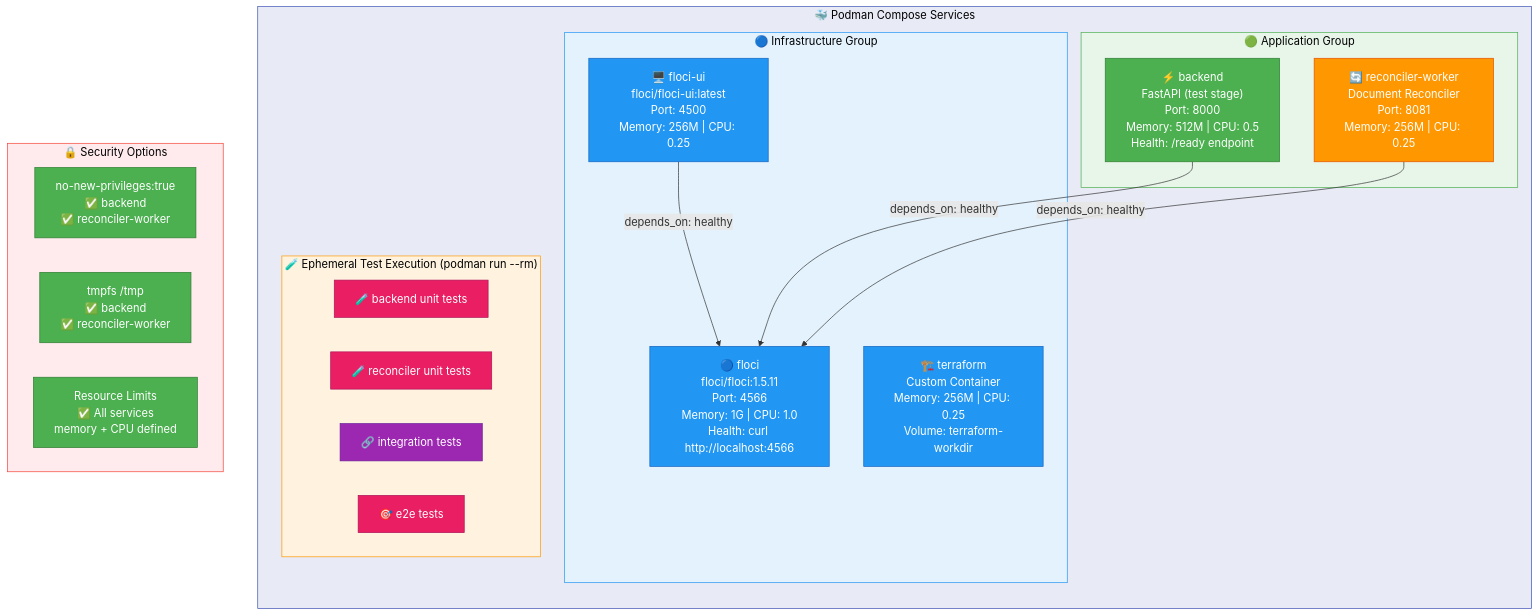
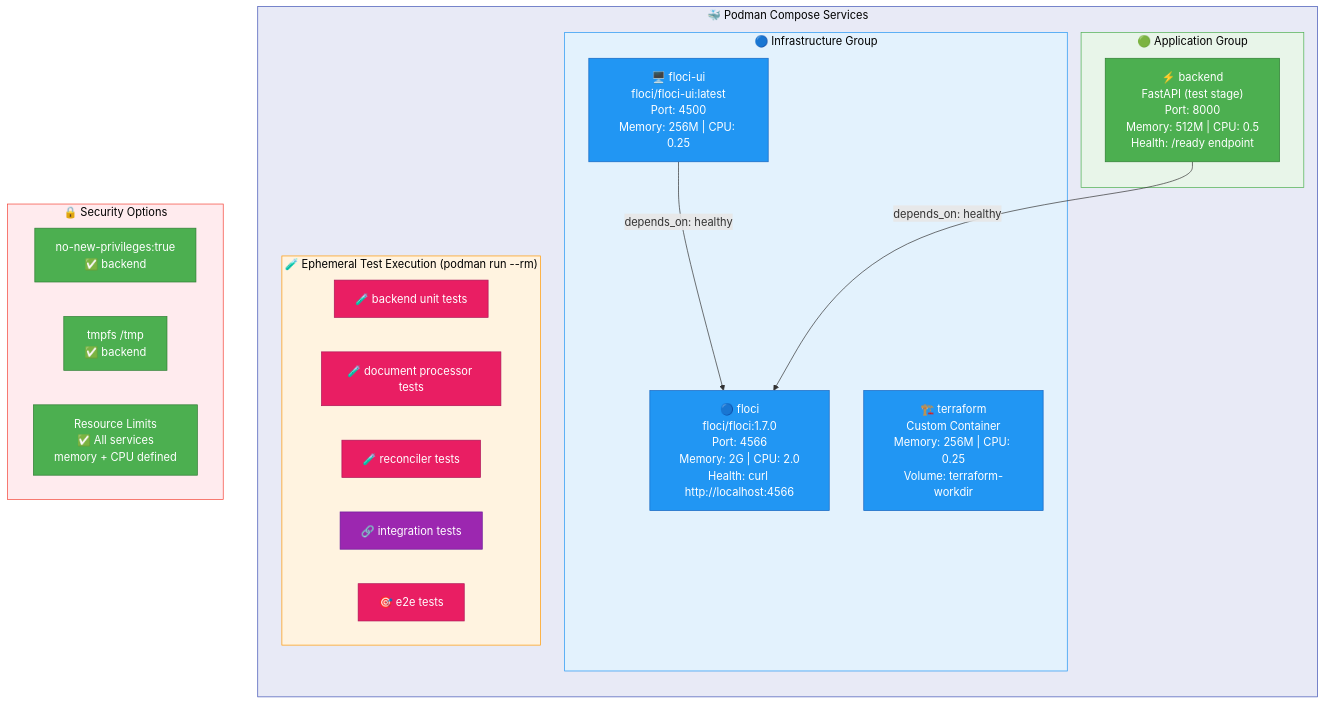
Before and after one commit to sergio11/aws_serverless_pipeline_poc: the sixth of 7 diagrams in README.md, drawn with Mermaid. The commit also changed other lines of this file and 2 other files, not shown here.

First line of the commit message:
fix(integration): add SQS queue drain fixture and retry resilience for Floci

````diff
--- a/README.md
+++ b/README.md
@@ -550,52 +603,51 @@
 ```mermaid
 graph TB
     subgraph PODMAN["🐳 Podman Compose Services"]
         direction TB
 
         subgraph INFRA_GROUP["🔵 Infrastructure Group"]
-            FLOCI["🔵 floci<br/>floci/floci:1.5.11<br/>Port: 4566<br/>Memory: 1G | CPU: 1.0<br/>Health: curl http://localhost:4566"]
+            FLOCI["🔵 floci<br/>floci/floci:1.7.0<br/>Port: 4566<br/>Memory: 2G | CPU: 2.0<br/>Health: curl http://localhost:4566"]
             FLOCI_UI["🖥️ floci-ui<br/>floci/floci-ui:latest<br/>Port: 4500<br/>Memory: 256M | CPU: 0.25"]
             TF["🏗️ terraform<br/>Custom Container<br/>Memory: 256M | CPU: 0.25<br/>Volume: terraform-workdir"]
         end
 
         subgraph APP_GROUP["🟢 Application Group"]
             BE["⚡ backend<br/>FastAPI (test stage)<br/>Port: 8000<br/>Memory: 512M | CPU: 0.5<br/>Health: /ready endpoint"]
-            REC["🔄 reconciler-worker<br/>Document Reconciler<br/>Port: 8081<br/>Memory: 256M | CPU: 0.25"]
         end
 
         subgraph TEST_GROUP["🧪 Ephemeral Test Execution (podman run --rm)"]
             BE_TEST["🧪 backend unit tests"]
-            REC_TEST["🧪 reconciler unit tests"]
+            LAMBDA_TEST["🧪 document processor tests"]
+            REC_TEST["🧪 reconciler tests"]
             INT["🔗 integration tests"]
             E2E["🎯 e2e tests"]
         end
     end
 
     FLOCI_UI -->|"depends_on: healthy"| FLOCI
     BE -->|"depends_on: healthy"| FLOCI
-    REC -->|"depends_on: healthy"| FLOCI
 
     subgraph SECURITY_OPTS["🔒 Security Options"]
-        SEC_NO_NEW["no-new-privileges:true<br/>✅ backend<br/>✅ reconciler-worker"]
-        SEC_TMPFS["tmpfs /tmp<br/>✅ backend<br/>✅ reconciler-worker"]
+        SEC_NO_NEW["no-new-privileges:true<br/>✅ backend"]
+        SEC_TMPFS["tmpfs /tmp<br/>✅ backend"]
         SEC_LIMITS["Resource Limits<br/>✅ All services<br/>memory + CPU defined"]
     end
 
     style PODMAN fill:#E8EAF6,color:#000,stroke:#3F51B5
     style INFRA_GROUP fill:#E3F2FD,color:#000,stroke:#2196F3
     style APP_GROUP fill:#E8F5E9,color:#000,stroke:#4CAF50
     style TEST_GROUP fill:#FFF3E0,color:#000,stroke:#FF9800
     style SECURITY_OPTS fill:#FFEBEE,color:#000,stroke:#F44336
     style FLOCI fill:#2196F3,color:#fff,stroke:#1565C0
     style BE fill:#4CAF50,color:#fff,stroke:#2E7D32
     style E2E fill:#E91E63,color:#fff,stroke:#AD1457
     style INT fill:#9C27B0,color:#fff,stroke:#6A1B9A
     style BE_TEST fill:#E91E63,color:#fff,stroke:#AD1457
+    style LAMBDA_TEST fill:#E91E63,color:#fff,stroke:#AD1457
     style REC_TEST fill:#E91E63,color:#fff,stroke:#AD1457
     style FLOCI_UI fill:#2196F3,color:#fff,stroke:#1565C0
     style TF fill:#2196F3,color:#fff,stroke:#1565C0
-    style REC fill:#FF9800,color:#fff,stroke:#E65100
     style SEC_NO_NEW fill:#4CAF50,color:#fff,stroke:#2E7D32
     style SEC_TMPFS fill:#4CAF50,color:#fff,stroke:#2E7D32
     style SEC_LIMITS fill:#4CAF50,color:#fff,stroke:#2E7D32
 ```
````
